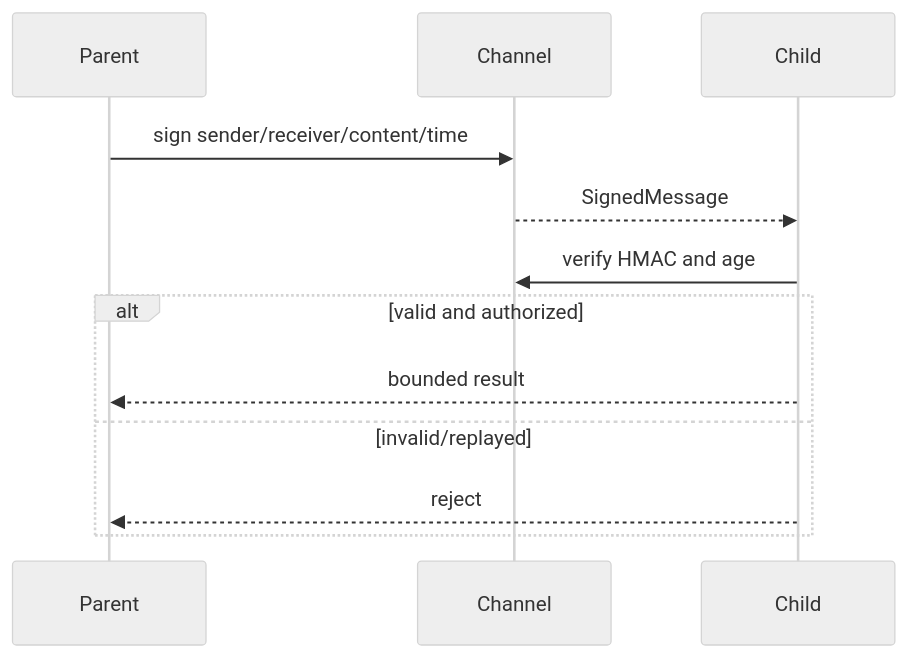
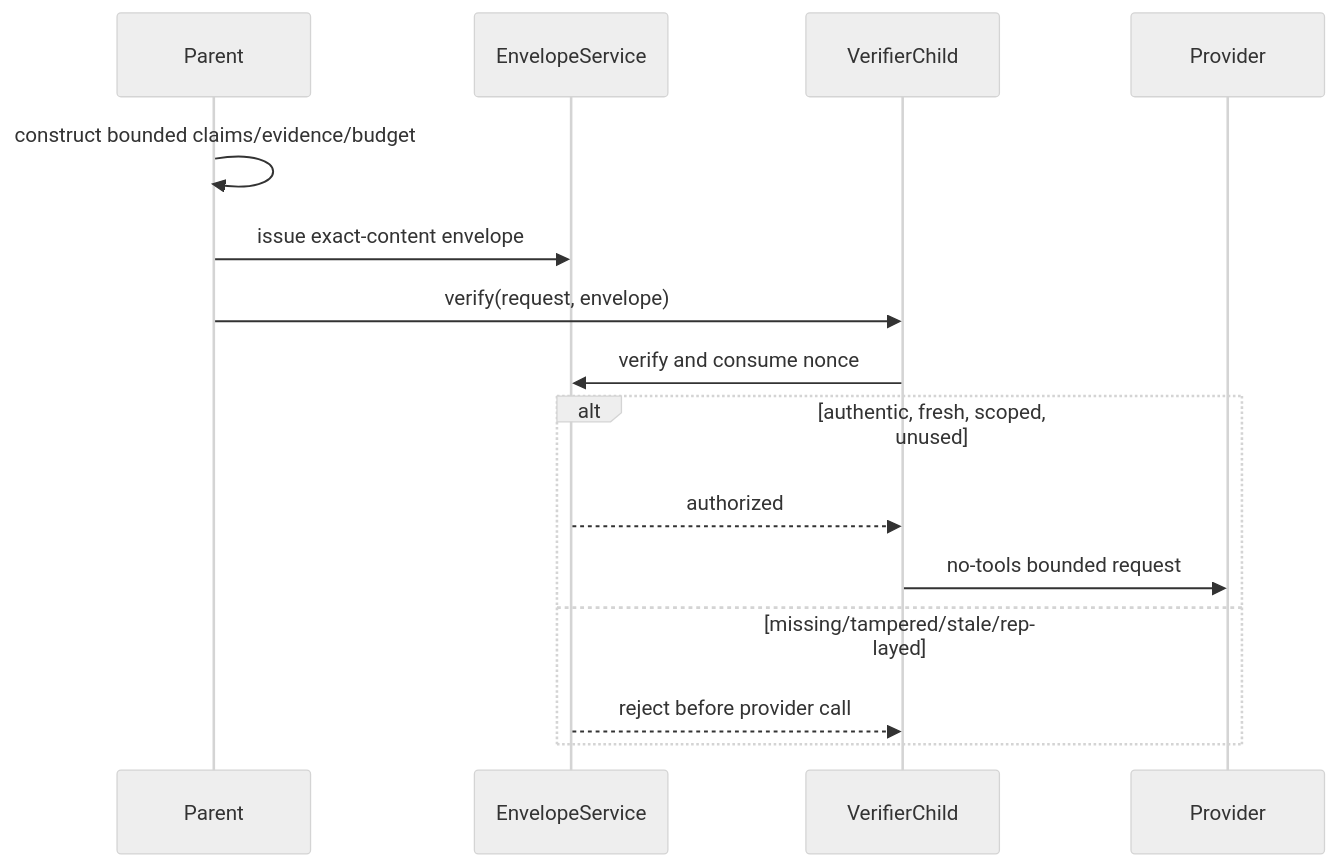
The second of 2 diagrams in docs/course/concepts/agent-communication-security.md (levalencia/archon), drawn with Mermaid (neutral theme) before and after one commit. The commit also changed other lines of this file and 5 other files, not shown here.

````diff
--- a/docs/course/concepts/agent-communication-security.md
+++ b/docs/course/concepts/agent-communication-security.md
@@ -31,11 +30,13 @@
 ```mermaid
 sequenceDiagram
-    Parent->>Channel: sign sender/receiver/content/time
-    Channel-->>Child: SignedMessage
-    Child->>Channel: verify HMAC and age
-    alt valid and authorized
-      Child-->>Parent: bounded result
-    else invalid/replayed
-      Child-->>Parent: reject
+    Parent->>Parent: construct bounded claims/evidence/budget
+    Parent->>EnvelopeService: issue exact-content envelope
+    Parent->>VerifierChild: verify(request, envelope)
+    VerifierChild->>EnvelopeService: verify and consume nonce
+    alt authentic, fresh, scoped, unused
+      EnvelopeService-->>VerifierChild: authorized
+      VerifierChild->>Provider: no-tools bounded request
+    else missing/tampered/stale/replayed
+      EnvelopeService-->>VerifierChild: reject before provider call
     end
 ```
````
